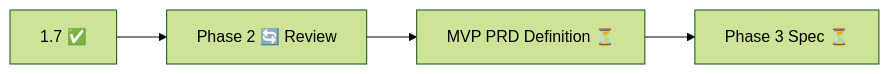
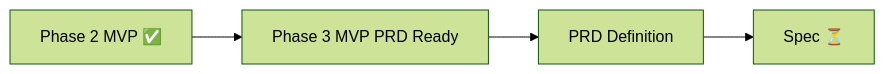
The diagram in docs/00_Project/Project_Dashboard.md (LeapMaCoder/ai-engineer-os), drawn with Mermaid (forest theme) before and after one commit. The commit also changed other lines of this file and 13 other files, not shown here.

````diff
--- a/docs/00_Project/Project_Dashboard.md
+++ b/docs/00_Project/Project_Dashboard.md
@@ -31,6 +31,6 @@
 ```mermaid
 flowchart LR
-  P17[1.7 ✅] --> P2[Phase 2 🔄 Review]
-  P2 --> P2b[MVP PRD Definition ⏳]
-  P2b --> P3[Phase 3 Spec ⏳]
+  P2[Phase 2 MVP ✅] --> P3[Phase 3 MVP PRD Ready]
+  P3 --> PRD[PRD Definition]
+  PRD --> Spec[Spec ⏳]
 ```
````
